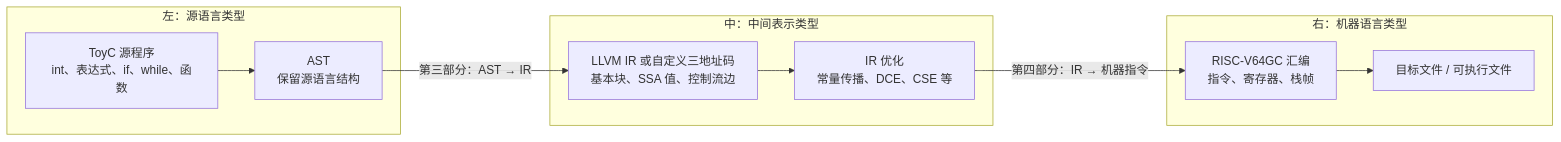
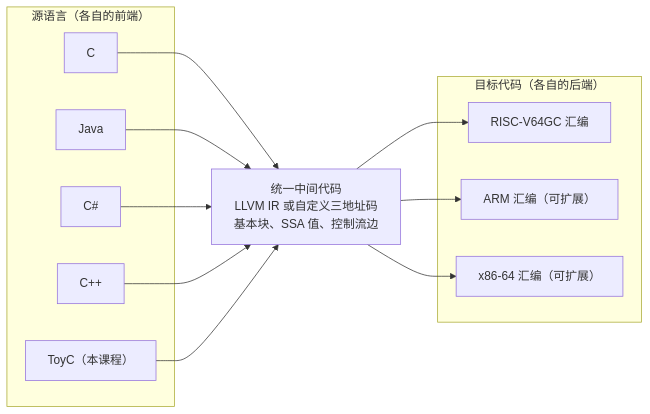
One commit to lightsmilew/compiler-principles changed the first of 6 diagrams in docs/labs/part3-ir.md. Above: the diagram before and after it, drawn with Mermaid. The commit also changed other lines of this file and 24 other files, not shown here.

````diff
--- a/docs/labs/part3-ir.md
+++ b/docs/labs/part3-ir.md
@@ -20,20 +20,24 @@
 ```mermaid
 flowchart LR
-  subgraph SRC["左：源语言类型"]
-    S1["ToyC 源程序<br/>int、表达式、if、while、函数"]
-    S2["AST<br/>保留源语言结构"]
-    S1 --> S2
+  subgraph SRC["源语言（各自的前端）"]
+    S1["C"]
+    S2["Java"]
+    S3["C#"]
+    S4["C++"]
+    S5["ToyC（本课程）"]
   end
-  subgraph MID["中：中间表示类型"]
-    M1["LLVM IR 或自定义三地址码<br/>基本块、SSA 值、控制流边"]
-    M2["IR 优化<br/>常量传播、DCE、CSE 等"]
-    M1 --> M2
+  MID["统一中间代码<br/>LLVM IR 或自定义三地址码<br/>基本块、SSA 值、控制流边"]
+  subgraph MACH["目标代码（各自的后端）"]
+    T1["RISC-V64GC 汇编"]
+    T2["ARM 汇编（可扩展）"]
+    T3["x86-64 汇编（可扩展）"]
   end
-  subgraph MACH["右：机器语言类型"]
-    T1["RISC-V64GC 汇编<br/>指令、寄存器、栈帧"]
-    T2["目标文件 / 可执行文件"]
-    T1 --> T2
-  end
-  S2 -->|第三部分：AST → IR| M1
-  M2 -->|第四部分：IR → 机器指令| T1
+  S1 --> MID
+  S2 --> MID
+  S3 --> MID
+  S4 --> MID
+  S5 --> MID
+  MID --> T1
+  MID --> T2
+  MID --> T3
 ```
````
